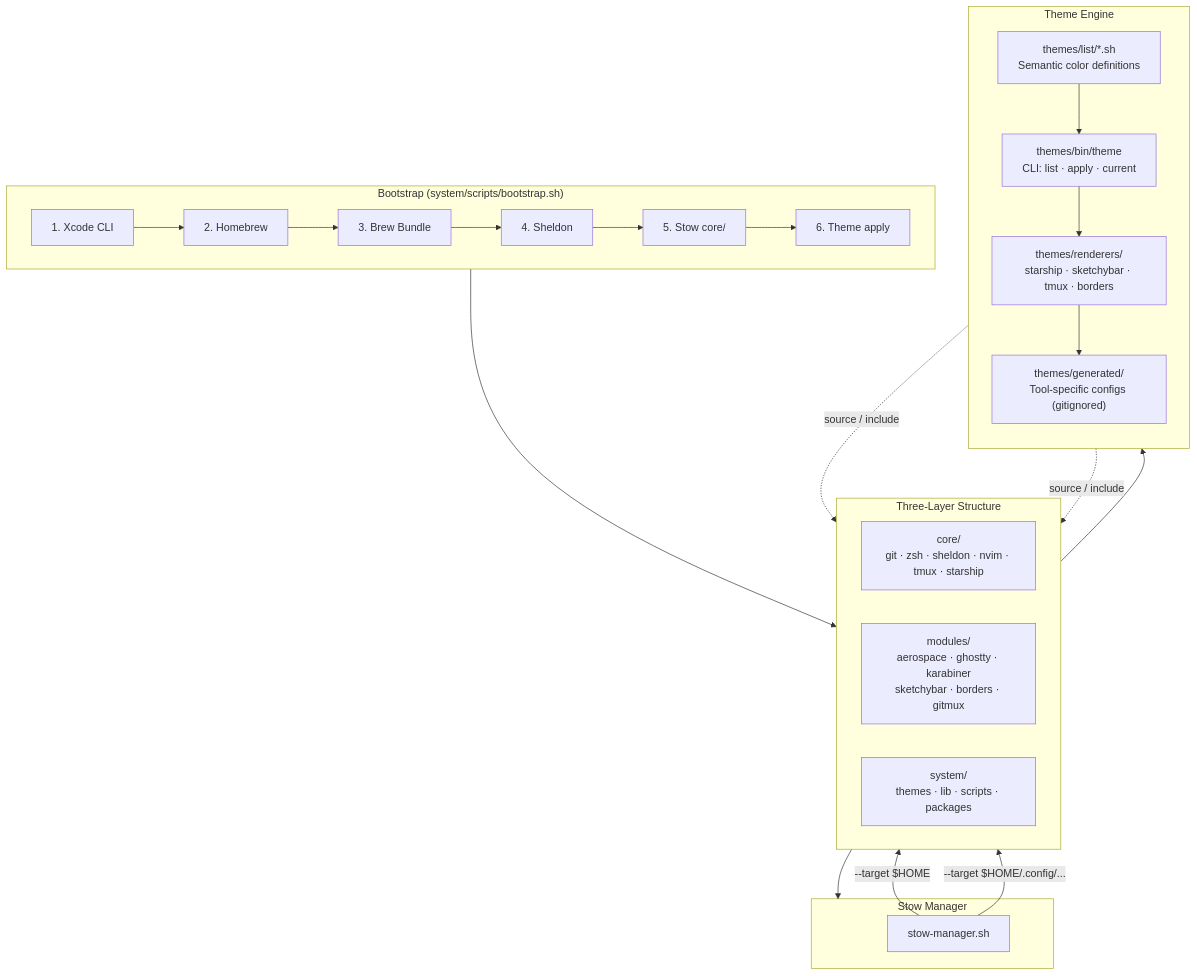
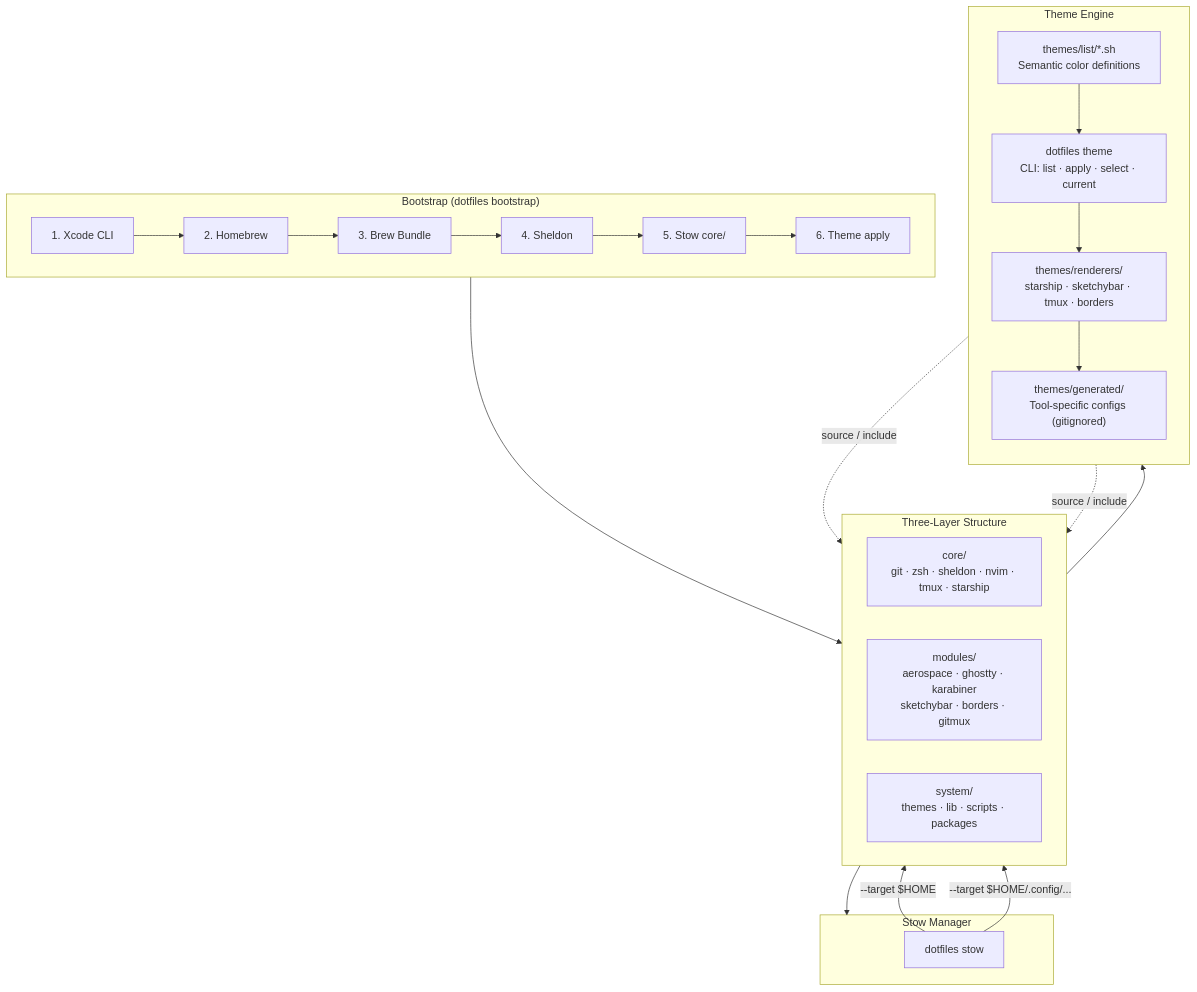
One commit to slashspace/dotfiles changed the first of 4 diagrams in README.md. Above: the diagram before and after it, drawn with Mermaid. The commit also changed other lines of this file and 6 other files, not shown here.

First line of the commit message:
refactor: remove duplicate scripts from system/scripts/, update docs

````diff
--- a/README.md
+++ b/README.md
@@ -34,40 +35,40 @@
 ```mermaid
 flowchart TB
-    subgraph bootstrap ["Bootstrap (system/scripts/bootstrap.sh)"]
+    subgraph bootstrap ["Bootstrap (dotfiles bootstrap)"]
         B1["1. Xcode CLI"]
         B2["2. Homebrew"]
         B3["3. Brew Bundle"]
         B4["4. Sheldon"]
         B5["5. Stow core/"]
         B6["6. Theme apply"]
         B1 --> B2 --> B3 --> B4 --> B5 --> B6
     end
 
     subgraph layers ["Three-Layer Structure"]
         direction LR
         CORE["core/<br/>git · zsh · sheldon · nvim · tmux · starship"]
         MODS["modules/<br/>aerospace · ghostty · karabiner<br/>sketchybar · borders · gitmux"]
         SYS["system/<br/>themes · lib · scripts · packages"]
     end
 
     subgraph stow ["Stow Manager"]
-        SM["stow-manager.sh"]
+        SM["dotfiles stow"]
         SM -->|"--target $HOME"| CORE
         SM -->|"--target $HOME/.config/..."| MODS
     end
 
     subgraph theme ["Theme Engine"]
         direction TB
         TL["themes/list/*.sh<br/>Semantic color definitions"]
         TR["themes/renderers/<br/>starship · sketchybar · tmux · borders"]
         TG["themes/generated/<br/>Tool-specific configs (gitignored)"]
-        CLI["themes/bin/theme<br/>CLI: list · apply · current"]
+        CLI["dotfiles theme<br/>CLI: list · apply · select · current"]
         TL --> CLI --> TR --> TG
     end
 
     bootstrap --> layers
     layers --> stow
     SYS --> theme
     TG -.->|"source / include"| CORE
     TG -.->|"source / include"| MODS
 ```
````
